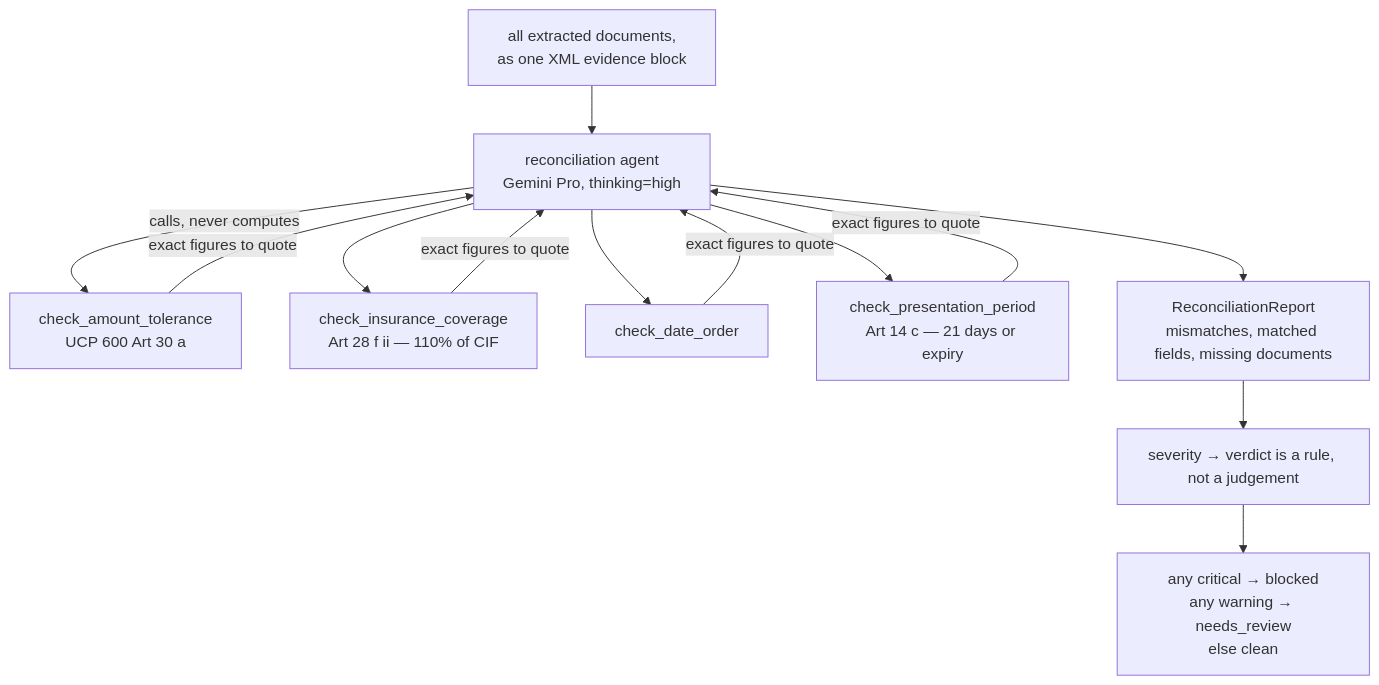
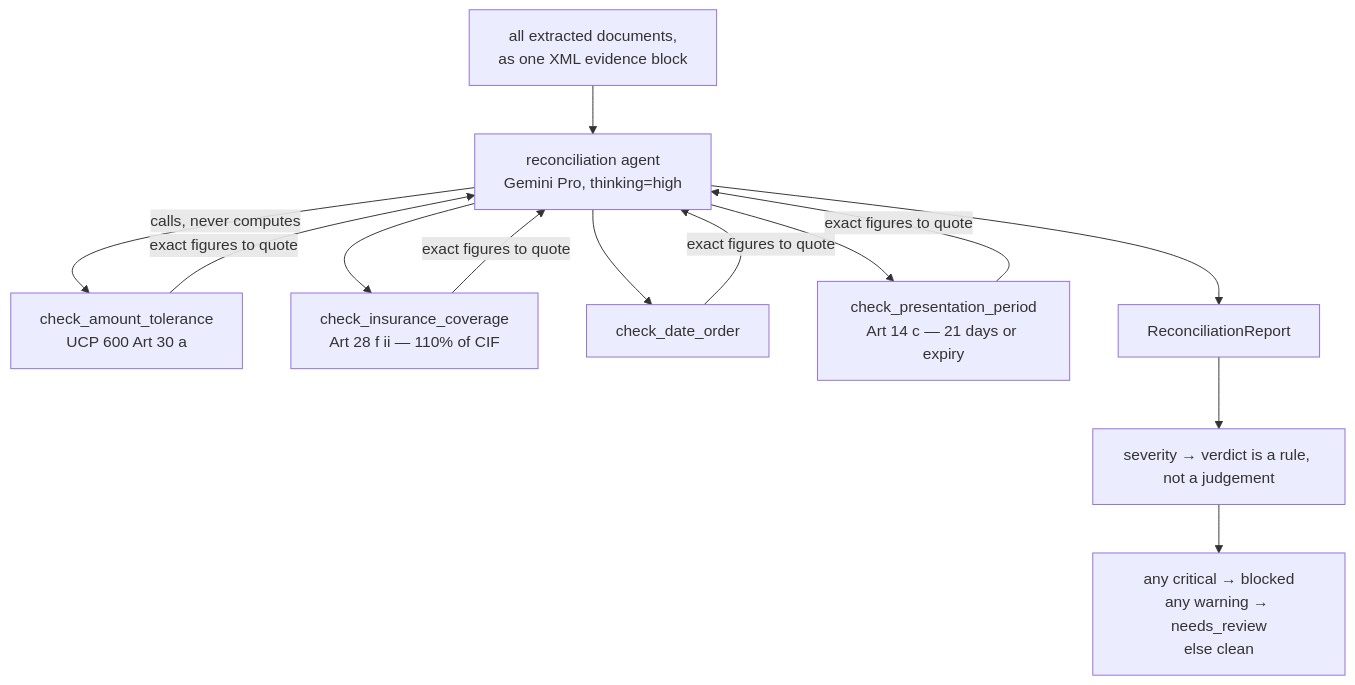
Before and after one commit to selvakumarperumal/Trade_Finance_Doc_Mismatch_Detector: the fifth of 7 diagrams in backend/Detector/ARCHITECTURE.md, drawn with Mermaid. The commit also changed other lines of this file and 5 other files, not shown here.

Commit message:
docs: enrich ARCHITECTURE.md and subpackage READMEs with diagrams and technical deep dives

````diff
--- a/backend/Detector/ARCHITECTURE.md
+++ b/backend/Detector/ARCHITECTURE.md
@@ -154,12 +295,12 @@
 ```mermaid
 flowchart TD
     EV["all extracted documents,<br/>as one XML evidence block"] --> AG["reconciliation agent<br/>Gemini Pro, thinking=high"]
     AG -->|"calls, never computes"| T1["check_amount_tolerance<br/>UCP 600 Art 30 a"]
     AG --> T2["check_insurance_coverage<br/>Art 28 f ii — 110% of CIF"]
     AG --> T3["check_date_order"]
     AG --> T4["check_presentation_period<br/>Art 14 c — 21 days or expiry"]
     T1 & T2 & T3 & T4 -->|"exact figures to quote"| AG
-    AG --> REP["ReconciliationReport<br/>mismatches, matched fields, missing documents"]
+    AG --> REP["ReconciliationReport"]
     REP --> RULE["severity → verdict is a rule, not a judgement"]
     RULE --> V["any critical → blocked<br/>any warning → needs_review<br/>else clean"]
 ```
````
